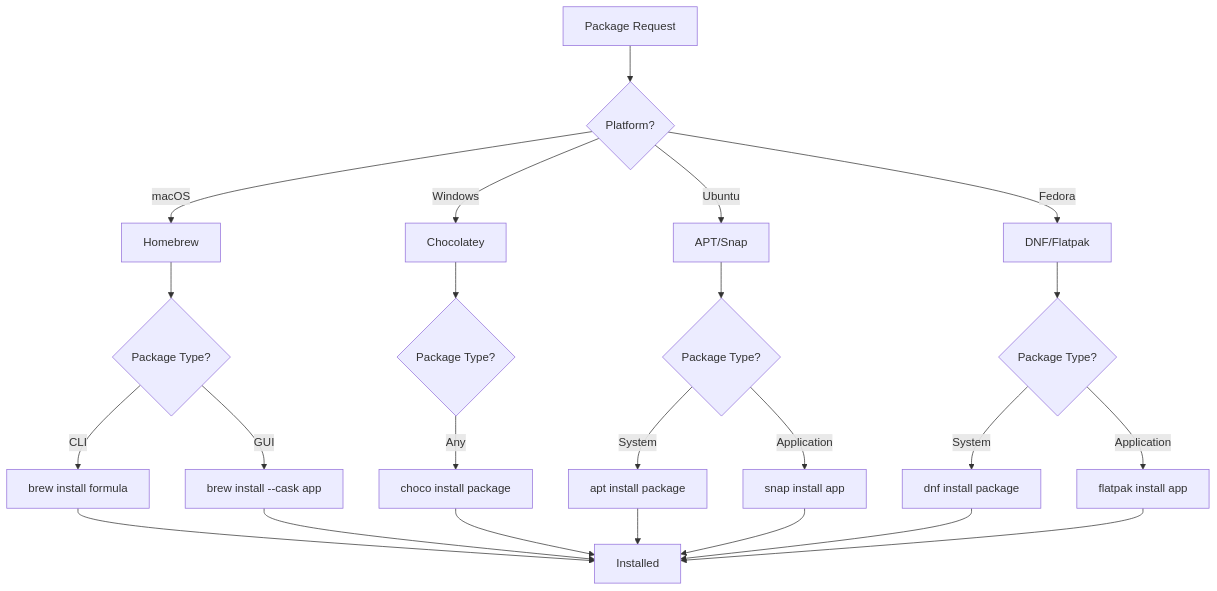
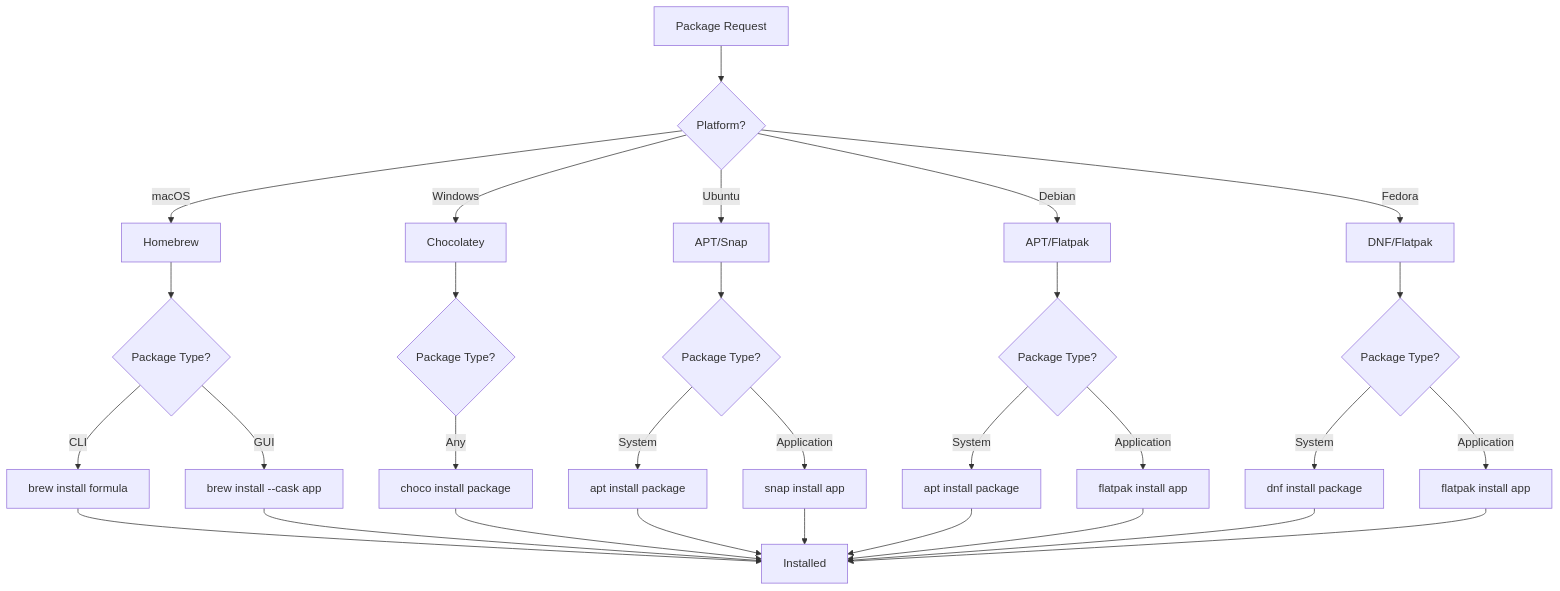
One commit to ryanspletzer/dev-machine-setup changed the eighth of 11 diagrams in docs/architecture.md. Above: the diagram before and after it, drawn with Mermaid. The commit also changed other lines of this file and 21 other files, not shown here.

````diff
--- a/docs/architecture.md
+++ b/docs/architecture.md
@@ -267,32 +310,39 @@
 ```mermaid
 graph TD
     A[Package Request] --> B{Platform?}
     B -->|macOS| C[Homebrew]
     B -->|Windows| D[Chocolatey]
     B -->|Ubuntu| E[APT/Snap]
+    B -->|Debian| E3[APT/Flatpak]
     B -->|Fedora| E2[DNF/Flatpak]
 
     C --> F{Package Type?}
     D --> G{Package Type?}
     E --> H{Package Type?}
+    E3 --> H3{Package Type?}
     E2 --> H2{Package Type?}
 
     F -->|CLI| I[brew install formula]
     F -->|GUI| J[brew install --cask app]
 
     G -->|Any| K[choco install package]
 
     H -->|System| L[apt install package]
     H -->|Application| M[snap install app]
 
+    H3 -->|System| L3[apt install package]
+    H3 -->|Application| M3[flatpak install app]
+
     H2 -->|System| L2[dnf install package]
     H2 -->|Application| M2[flatpak install app]
 
     I --> N[Installed]
     J --> N
     K --> N
     L --> N
     M --> N
+    L3 --> N
+    M3 --> N
     L2 --> N
     M2 --> N
 ```
````
